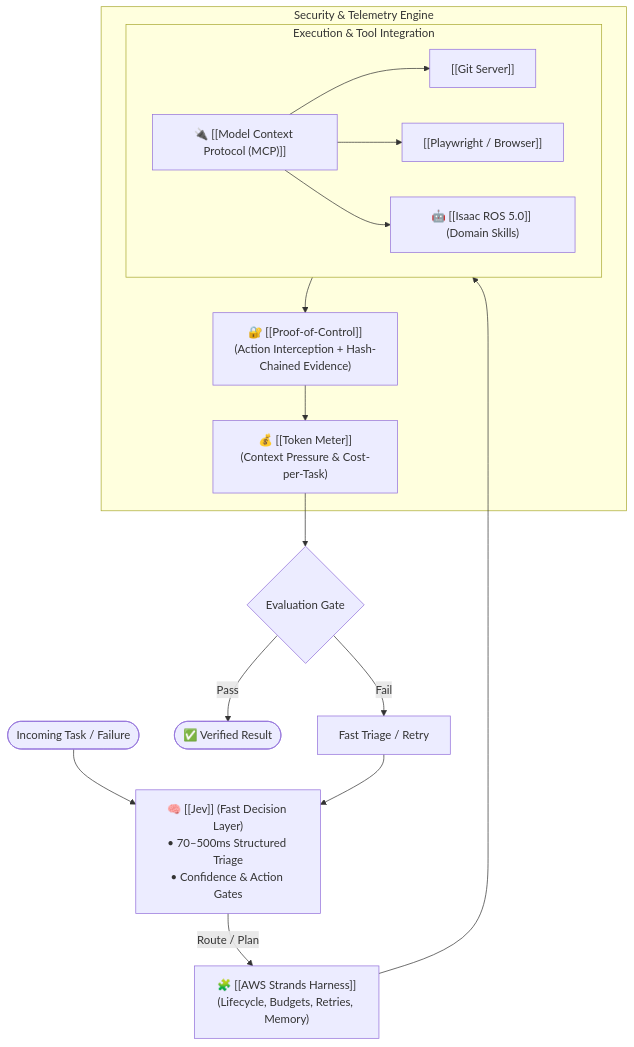
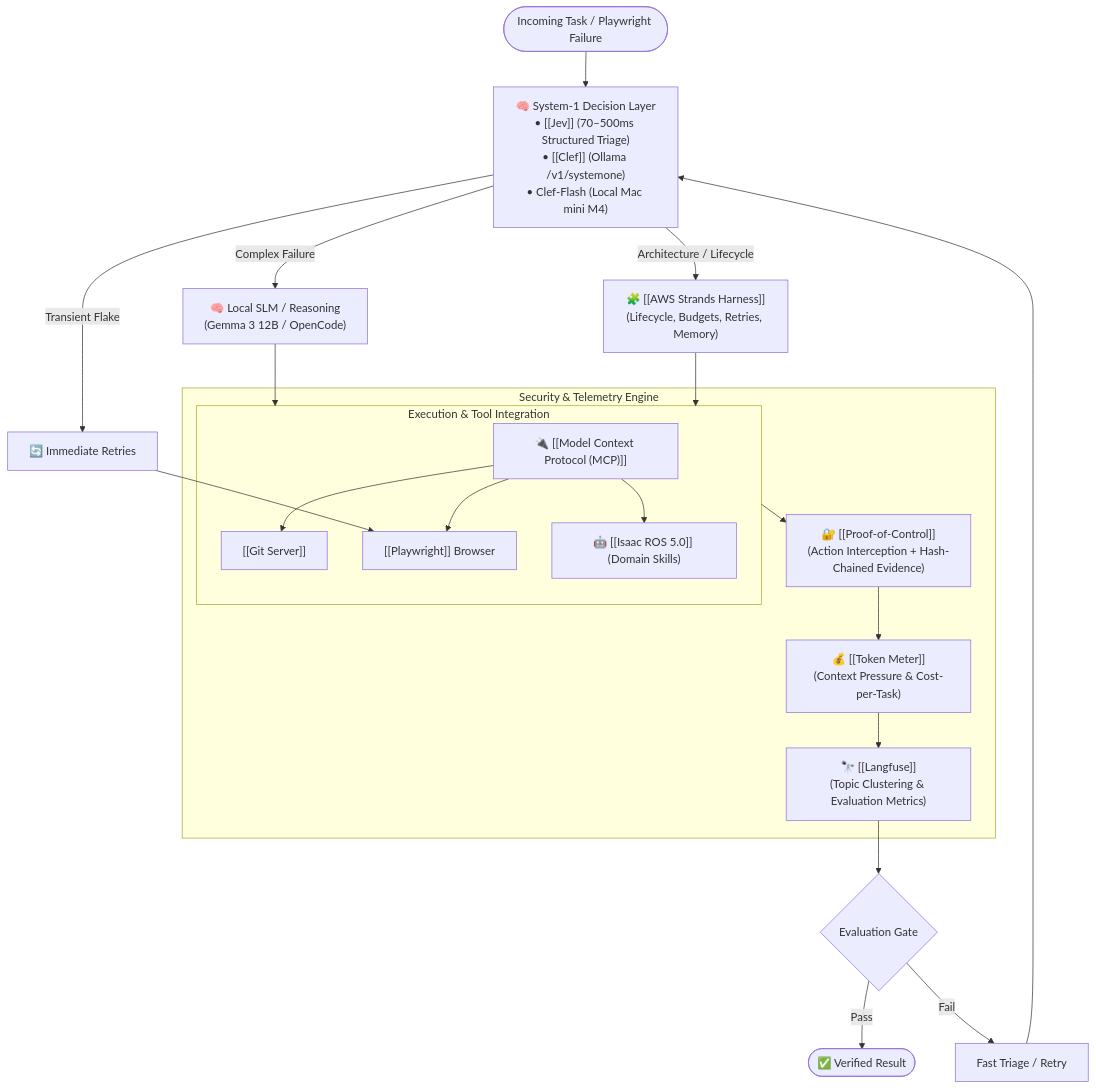
The first of 5 diagrams in Synthesis - Decision Layers & Execution Verification.md (ashishcas/opensourceAI), drawn with Mermaid before and after one commit. The commit also changed other lines of this file and 28 other files, not shown here.

````diff
--- a/Synthesis - Decision Layers & Execution Verification.md
+++ b/Synthesis - Decision Layers & Execution Verification.md
@@ -34,26 +37,31 @@
 ```mermaid
 flowchart TD
-    Task(["Incoming Task / Failure"]) --> Jev["🧠 [[Jev]] (Fast Decision Layer)\n• 70–500ms Structured Triage\n• Confidence & Action Gates"]
+    Task(["Incoming Task / Playwright Failure"]) --> DecisionGate["🧠 System-1 Decision Layer\n• [[Jev]] (70–500ms Structured Triage)\n• [[Clef]] (Ollama /v1/systemone)\n• Clef-Flash (Local Mac mini M4)"]
     
-    Jev -->|Route / Plan| Harness["🧩 [[AWS Strands Harness]]\n(Lifecycle, Budgets, Retries, Memory)"]
+    DecisionGate -->|Transient Flake| Retry["🔄 Immediate Retries"]
+    DecisionGate -->|Complex Failure| DebugAgent["🧠 Local SLM / Reasoning\n(Gemma 3 12B / OpenCode)"]
+    DecisionGate -->|Architecture / Lifecycle| Harness["🧩 [[AWS Strands Harness]]\n(Lifecycle, Budgets, Retries, Memory)"]
     
     subgraph ExecutionLayer ["Execution & Tool Integration"]
         MCP["🔌 [[Model Context Protocol (MCP)]]"]
         GitT["[[Git Server]]"]
-        PWT["[[Playwright / Browser]]"]
+        PWT["[[Playwright]] Browser"]
         Isaac["🤖 [[Isaac ROS 5.0]] (Domain Skills)"]
         MCP --> GitT & PWT & Isaac
     end
     Harness --> ExecutionLayer
+    DebugAgent --> ExecutionLayer
+    Retry --> PWT
     
     subgraph Governance ["Security & Telemetry Engine"]
         PoC["🔐 [[Proof-of-Control]]\n(Action Interception + Hash-Chained Evidence)"]
         TM["💰 [[Token Meter]]\n(Context Pressure & Cost-per-Task)"]
-        ExecutionLayer --> PoC --> TM
+        LF["🔭 [[Langfuse]]\n(Topic Clustering & Evaluation Metrics)"]
+        ExecutionLayer --> PoC --> TM --> LF
     end
     
-    TM --> Outcome{"Evaluation Gate"}
+    LF --> Outcome{"Evaluation Gate"}
     Outcome -- Pass --> Verified(["✅ Verified Result"])
     Outcome -- Fail --> Triage["Fast Triage / Retry"]
-    Triage --> Jev
+    Triage --> DecisionGate
 ```
````
